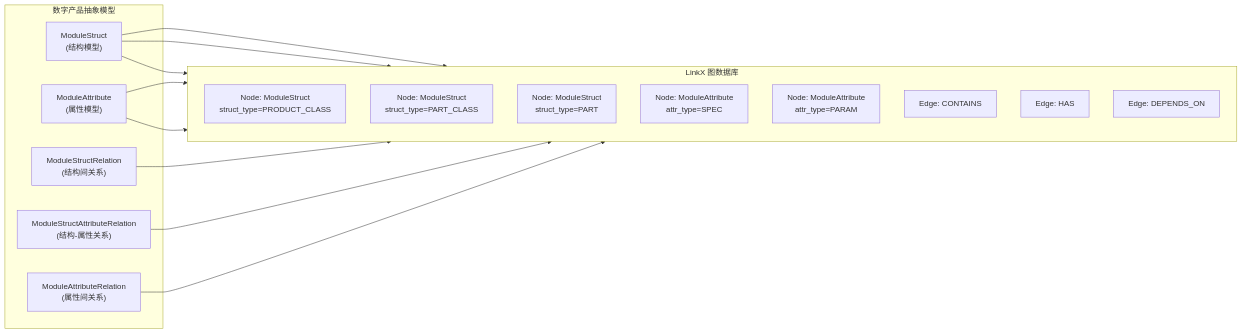
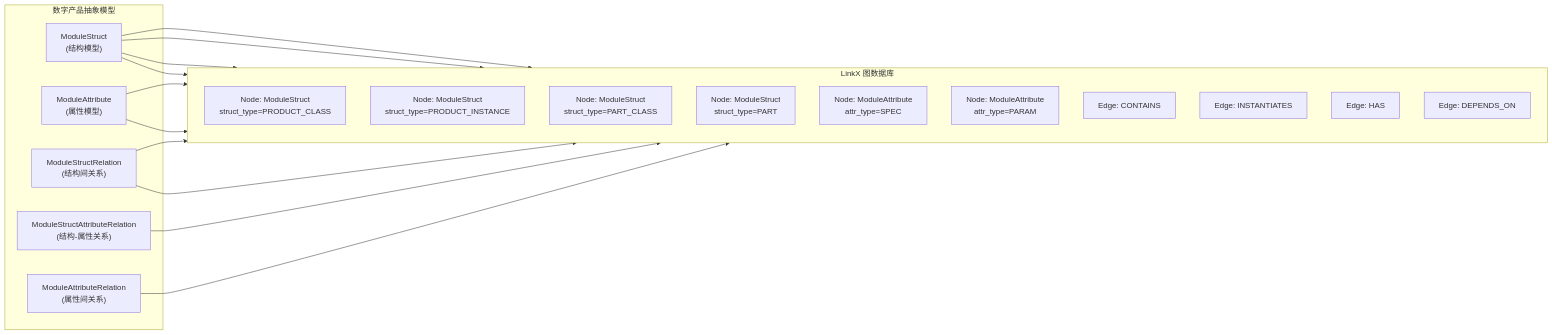
One commit to goflyboy/digitalproduct changed the eighth of 16 diagrams in docs/数字产品系统架构设计说明书.md. Above: the diagram before and after it, drawn with Mermaid. The commit also changed other lines of this file and 4 other files, not shown here.

````diff
--- a/docs/数字产品系统架构设计说明书.md
+++ b/docs/数字产品系统架构设计说明书.md
@@ -2835,31 +2902,35 @@
 ```mermaid
 flowchart LR
     subgraph Abstract["数字产品抽象模型"]
         MS["ModuleStruct<br/>(结构模型)"]
         MA["ModuleAttribute<br/>(属性模型)"]
         R1["ModuleStructRelation<br/>(结构间关系)"]
         R2["ModuleStructAttributeRelation<br/>(结构-属性关系)"]
         R3["ModuleAttributeRelation<br/>(属性间关系)"]
     end
 
     subgraph LinkX["LinkX 图数据库"]
         direction TB
         Node1["Node: ModuleStruct<br/>struct_type=PRODUCT_CLASS"]
-        Node2["Node: ModuleStruct<br/>struct_type=PART_CLASS"]
-        Node3["Node: ModuleStruct<br/>struct_type=PART"]
-        Node4["Node: ModuleAttribute<br/>attr_type=SPEC"]
-        Node5["Node: ModuleAttribute<br/>attr_type=PARAM"]
+        Node2["Node: ModuleStruct<br/>struct_type=PRODUCT_INSTANCE"]
+        Node3["Node: ModuleStruct<br/>struct_type=PART_CLASS"]
+        Node4["Node: ModuleStruct<br/>struct_type=PART"]
+        Node5["Node: ModuleAttribute<br/>attr_type=SPEC"]
+        Node6["Node: ModuleAttribute<br/>attr_type=PARAM"]
         Edge1["Edge: CONTAINS"]
-        Edge2["Edge: HAS"]
-        Edge3["Edge: DEPENDS_ON"]
+        Edge2["Edge: INSTANTIATES"]
+        Edge3["Edge: HAS"]
+        Edge4["Edge: DEPENDS_ON"]
     end
 
     MS --> Node1
     MS --> Node2
     MS --> Node3
-    MA --> Node4
+    MS --> Node4
     MA --> Node5
+    MA --> Node6
     R1 --> Edge1
-    R2 --> Edge2
-    R3 --> Edge3
+    R1 --> Edge2
+    R2 --> Edge3
+    R3 --> Edge4
 ```
````
